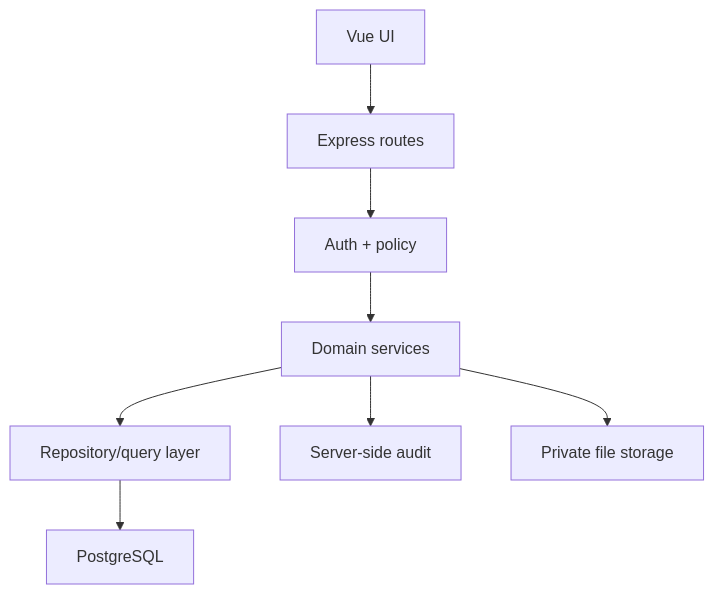
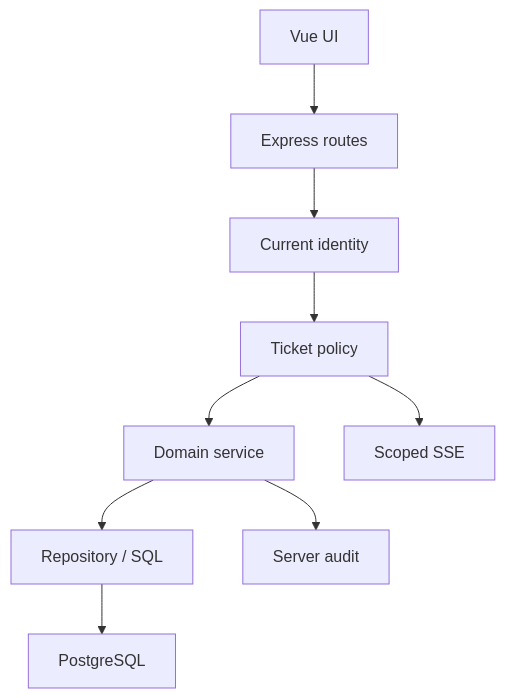
One commit to muhhlmy/it-monitoring-assets changed the diagram in Plan.md. Above: the diagram before and after it, drawn with Mermaid. The commit also changed other lines of this file and 75 other files, not shown here.

````diff
--- a/Plan.md
+++ b/Plan.md
@@ -357,10 +515,11 @@
 ```mermaid
 flowchart TD
     UI["Vue UI"] --> API["Express routes"]
-    API --> AUTH["Auth + policy"]
-    AUTH --> SVC["Domain services"]
-    SVC --> REPO["Repository/query layer"]
+    API --> ID["Current identity"]
+    ID --> POLICY["Ticket policy"]
+    POLICY --> SERVICE["Domain service"]
+    SERVICE --> REPO["Repository / SQL"]
     REPO --> DB["PostgreSQL"]
-    SVC --> AUDIT["Server-side audit"]
-    SVC --> FILES["Private file storage"]
+    SERVICE --> AUDIT["Server audit"]
+    POLICY --> EVENTS["Scoped SSE"]
 ```
````
